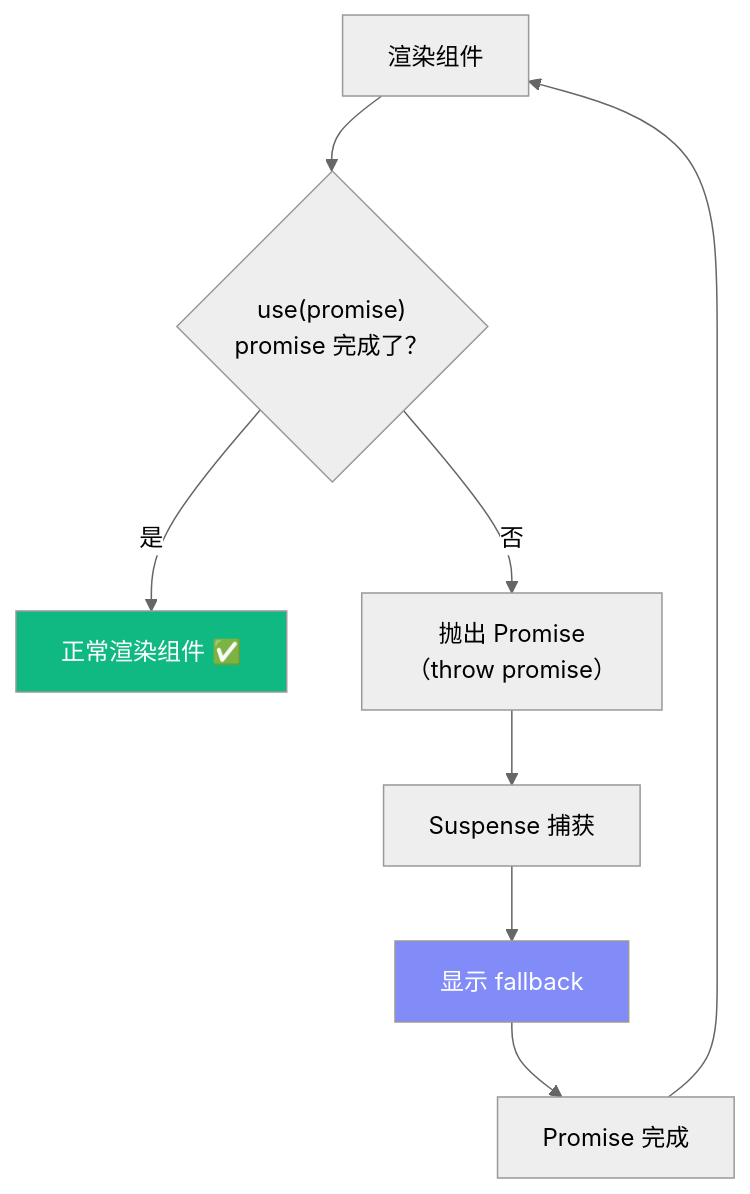
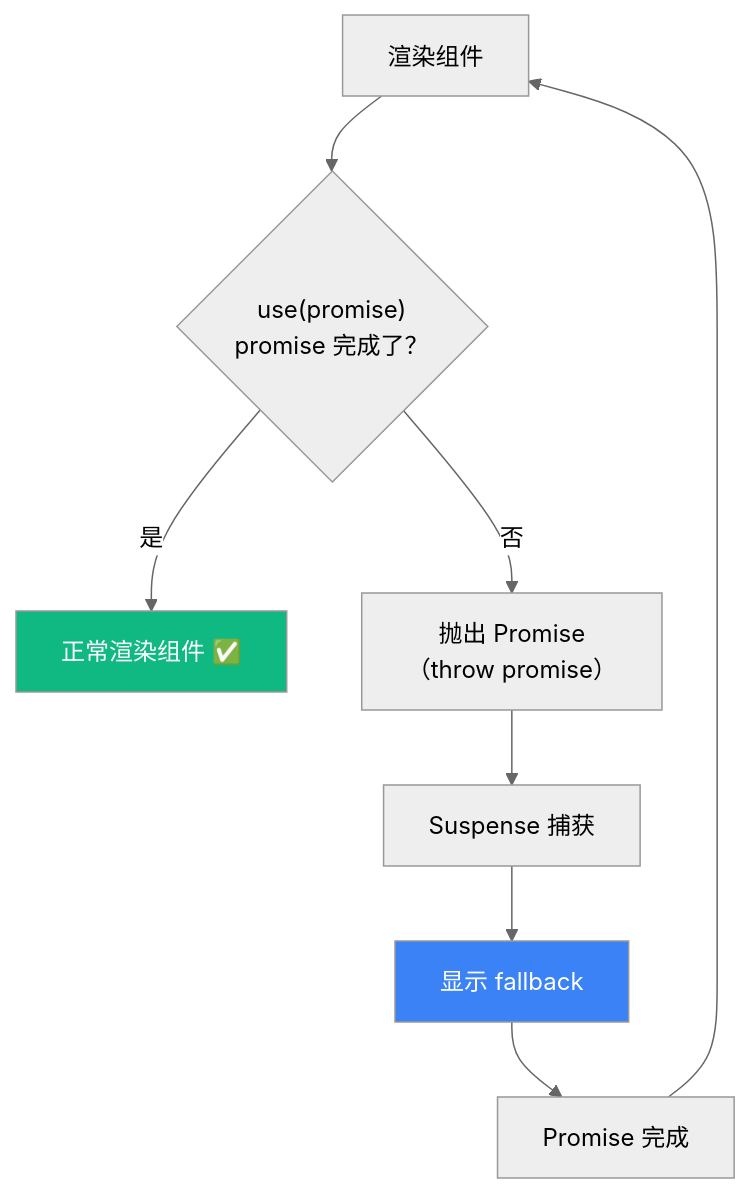
The eighth of 8 diagrams in docs/Lesson_05.md (boltguo/react_learn), drawn with Mermaid (neutral theme) before and after one commit. The commit also changed other lines of this file and 31 other files, not shown here.

Commit message:
docs: 统一Mermaid术语与配色层级

````diff
--- a/docs/Lesson_05.md
+++ b/docs/Lesson_05.md
@@ -566,14 +578,14 @@
 ```mermaid
 flowchart TB
     A["渲染组件"]
     A --> B{"use(promise)\npromise 完成了？"}
     B -->|"是"| C["正常渲染组件 ✅"]
     B -->|"否"| D["抛出 Promise<br/>（throw promise）"]
     D --> E["Suspense 捕获"]
     E --> F["显示 fallback"]
     F --> G["Promise 完成"]
     G --> A
 
     style C fill:#10b981,color:#fff
-    style F fill:#818cf8,color:#fff
+    style F fill:#3b82f6,color:#fff
 ```
````
